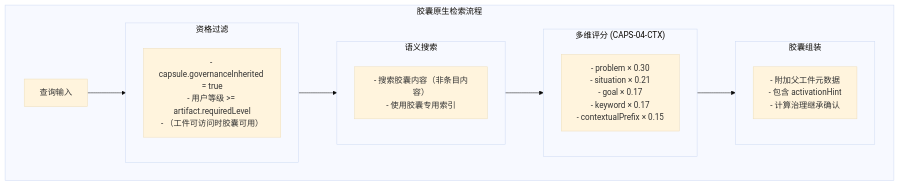
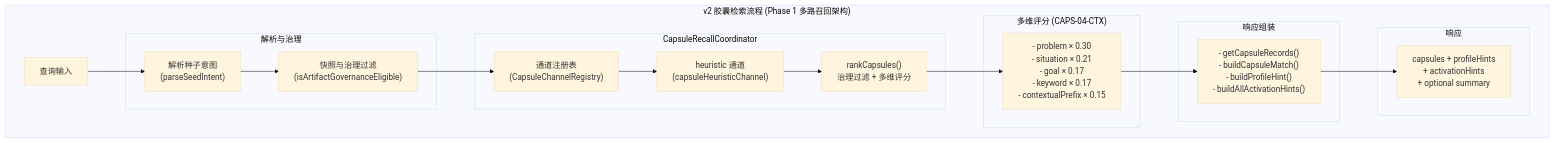
Before and after one commit to pofossette/TrapMap-for-vibing: the seventh of 8 diagrams in docs/architecture/components/RETRIEVAL.md, drawn with Mermaid (base theme). The commit also changed other lines of this file and 10 other files, not shown here.

First line of the commit message:
feat: Phase 2 capsule-keyword recall channel with memory/PG dual path

````diff
--- a/docs/architecture/components/RETRIEVAL.md
+++ b/docs/architecture/components/RETRIEVAL.md
@@ -260,24 +260,31 @@
 ```mermaid
 flowchart TB
-    subgraph 胶囊检索["胶囊原生检索流程"]
+    subgraph 胶囊检索["v2 胶囊检索流程 (Phase 1 多路召回架构)"]
         A["查询输入"]
-
-        subgraph 资格过滤["资格过滤"]
-            B["- capsule.governanceInherited = true\n- 用户等级 >= artifact.requiredLevel\n- （工件可访问时胶囊可用）"]
+        
+        subgraph 解析["解析与治理"]
+            B1["解析种子意图<br/>(parseSeedIntent)"]
+            B2["快照与治理过滤<br/>(isArtifactGovernanceEligible)"]
         end
 
-        subgraph 语义搜索["语义搜索"]
-            C["- 搜索胶囊内容（非条目内容）\n- 使用胶囊专用索引"]
+        subgraph 召回["CapsuleRecallCoordinator"]
+            C1["通道注册表<br/>(CapsuleChannelRegistry)"]
+            C2["heuristic 通道<br/>(capsuleHeuristicChannel)"]
+            C3["rankCapsules()<br/>治理过滤 + 多维评分"]
         end
 
         subgraph 评分["多维评分 (CAPS-04-CTX)"]
-            D["- problem × 0.30\n- situation × 0.21\n- goal × 0.17\n- keyword × 0.17\n- contextualPrefix × 0.15"]
+            D["- problem × 0.30<br/>- situation × 0.21<br/>- goal × 0.17<br/>- keyword × 0.17<br/>- contextualPrefix × 0.15"]
         end
 
-        subgraph 胶囊组装["胶囊组装"]
-            E["- 附加父工件元数据\n- 包含 activationHint\n- 计算治理继承确认"]
+        subgraph 组装["响应组装"]
+            E["- getCapsuleRecords()<br/>- buildCapsuleMatch()<br/>- buildProfileHint()<br/>- buildAllActivationHints()"]
         end
 
-        A --> 资格过滤 --> 语义搜索 --> 评分 --> 胶囊组装
+        subgraph 响应["响应"]
+            F["capsules + profileHints<br/>+ activationHints<br/>+ optional summary"]
+        end
+
+        A --> B1 --> B2 --> C1 --> C2 --> C3 --> D --> E --> F
     end
 ```
````
